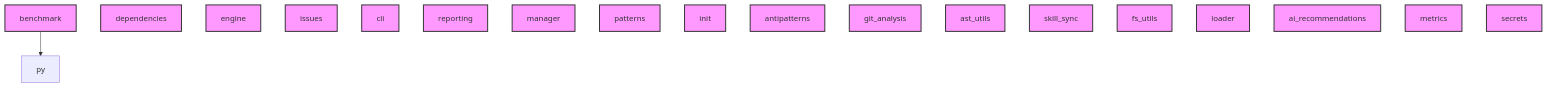
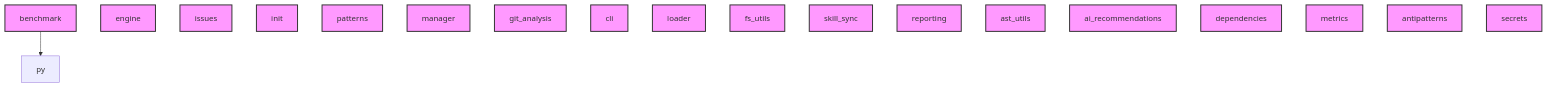
Before and after one commit to geociencio/ai-context-core: the diagram in AI_CONTEXT.md, drawn with Mermaid. The commit also changed other lines of this file and 13 other files, not shown here.

````diff
--- a/AI_CONTEXT.md
+++ b/AI_CONTEXT.md
@@ -120,41 +120,41 @@
 ```mermaid
 graph TD
     benchmark --> py
     classDef module fill:#f9f,stroke:#333,stroke-width:2px;
-    dependencies
-    class dependencies module;
     engine
     class engine module;
     issues
     class issues module;
+    init
+    class init module;
+    patterns
+    class patterns module;
+    manager
+    class manager module;
+    git_analysis
+    class git_analysis module;
     cli
     class cli module;
+    loader
+    class loader module;
+    fs_utils
+    class fs_utils module;
+    skill_sync
+    class skill_sync module;
     reporting
     class reporting module;
+    ast_utils
+    class ast_utils module;
+    ai_recommendations
+    class ai_recommendations module;
+    dependencies
+    class dependencies module;
+    metrics
+    class metrics module;
+    antipatterns
+    class antipatterns module;
+    secrets
+    class secrets module;
     benchmark
     class benchmark module;
-    manager
-    class manager module;
-    patterns
-    class patterns module;
-    init
-    class init module;
-    antipatterns
-    class antipatterns module;
-    git_analysis
-    class git_analysis module;
-    ast_utils
-    class ast_utils module;
-    skill_sync
-    class skill_sync module;
-    fs_utils
-    class fs_utils module;
-    loader
-    class loader module;
-    ai_recommendations
-    class ai_recommendations module;
-    metrics
-    class metrics module;
-    secrets
-    class secrets module;
 ```
````
